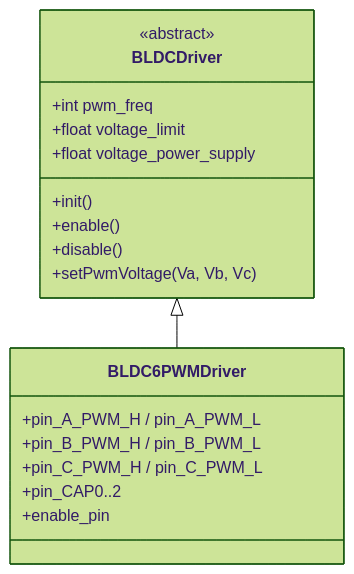
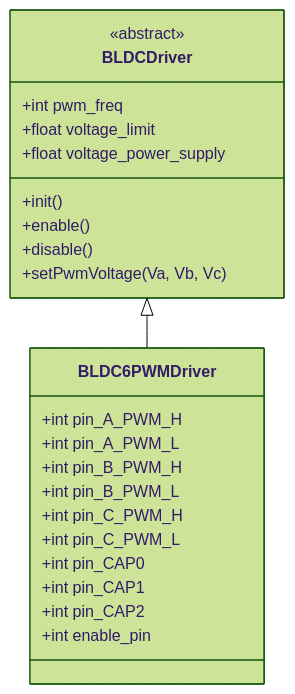
Before and after one commit to Electrium-Mobility/ESC-S25: the second of 3 diagrams in README.md, drawn with Mermaid (forest theme).

Commit message:
Fix class diagram in README so it renders on GitHub

````diff
--- a/README.md
+++ b/README.md
@@ -27,21 +27,26 @@
 ```mermaid
 classDiagram
     class BLDCDriver {
         <<abstract>>
         +int pwm_freq
         +float voltage_limit
         +float voltage_power_supply
         +init()
         +enable()
         +disable()
         +setPwmVoltage(Va, Vb, Vc)
     }
     class BLDC6PWMDriver {
-        +pin_A_PWM_H / pin_A_PWM_L
-        +pin_B_PWM_H / pin_B_PWM_L
-        +pin_C_PWM_H / pin_C_PWM_L
-        +pin_CAP0..2
-        +enable_pin
+        +int pin_A_PWM_H
+        +int pin_A_PWM_L
+        +int pin_B_PWM_H
+        +int pin_B_PWM_L
+        +int pin_C_PWM_H
+        +int pin_C_PWM_L
+        +int pin_CAP0
+        +int pin_CAP1
+        +int pin_CAP2
+        +int enable_pin
     }
     BLDCDriver <|-- BLDC6PWMDriver
 ```
````
